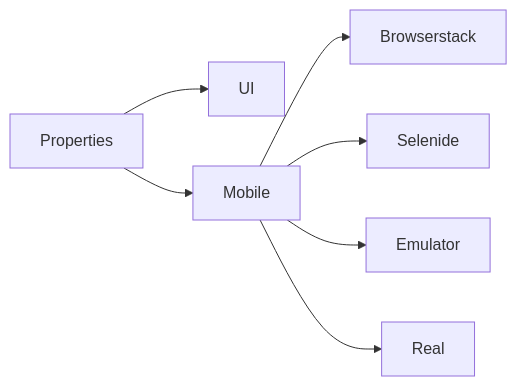
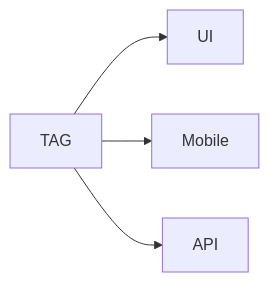
One commit to edbag88/study changed the diagram in Github-readme-guide.md. Above: the diagram before and after it, drawn with Mermaid. The commit also changed other lines of this file, not shown here.

Commit message:
Updated Github readme guide (markdown)

````diff
--- a/Github-readme-guide.md
+++ b/Github-readme-guide.md
@@ -17,9 +16,6 @@
 ```mermaid
 graph LR
-A[Properties] --> B[UI]
-A[Properties] --> C[Mobile]
-C --> D[Browserstack]
-C --> E[Selenide]
-C --> F[Emulator]
-C --> G[Real]
+A[TAG] --> B[UI]
+A --> D[Mobile]
+A --> E[API]
 ```
````
